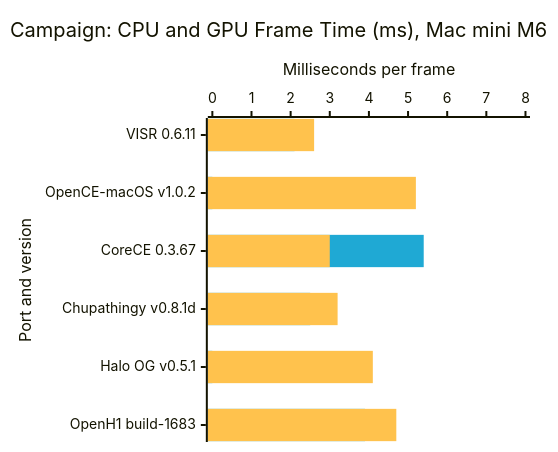
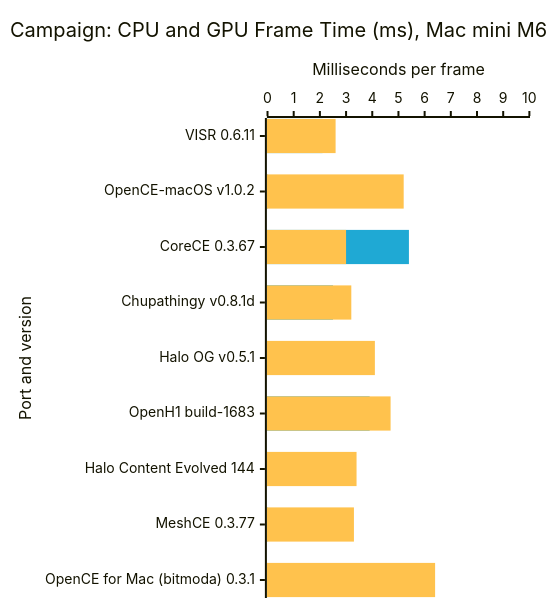
Before and after one commit to VISR-CE/visr: the first of 8 diagrams in docs/benchmarks.md, drawn with Mermaid. The commit also changed other lines of this file and 3 other files, not shown here.

First line of the commit message:
📊 data(benchmark): add OpenCE for Mac (bitmoda) 0.3.1, MeshCE 0.3.77 and Halo Content Evolved build 144 on the M6 Mac mini — Campaign and Combat windows at 2560x1920 with the display at 240 Hz, three rounds each; the Halo Content Evolved a50-hangar window is left out because its third round failed

````diff
--- a/docs/benchmarks.md
+++ b/docs/benchmarks.md
@@ -19,17 +19,17 @@
 ```mermaid
 ---
 config:
   xyChart:
     width: 520
-    height: 432
+    height: 588
   themeVariables:
     xyChart:
       plotColorPalette: "#1fa9d4, #ffc24d"
 ---
 xychart-beta horizontal
     title "Campaign: CPU and GPU Frame Time (ms), Mac mini M6"
-    x-axis "Port and version" ["VISR 0.6.11", "OpenCE-macOS v1.0.2", "CoreCE 0.3.67", "Chupathingy v0.8.1d", "Halo OG v0.5.1", "OpenH1 build-1683"]
-    y-axis "Milliseconds per frame" 0 --> 8
-    bar [2.1, 0, 5.4, 2.5, 0, 3.9]
-    bar [2.6, 5.2, 3, 3.2, 4.1, 4.7]
+    x-axis "Port and version" ["VISR 0.6.11", "OpenCE-macOS v1.0.2", "CoreCE 0.3.67", "Chupathingy v0.8.1d", "Halo OG v0.5.1", "OpenH1 build-1683", "Halo Content Evolved 144", "MeshCE 0.3.77", "OpenCE for Mac (bitmoda) 0.3.1"]
+    y-axis "Milliseconds per frame" 0 --> 10
+    bar [2.1, 0, 5.4, 2.5, 0, 3.9, 0, 0, 0]
+    bar [2.6, 5.2, 3, 3.2, 4.1, 4.7, 3.4, 3.3, 6.4]
 ```
````
